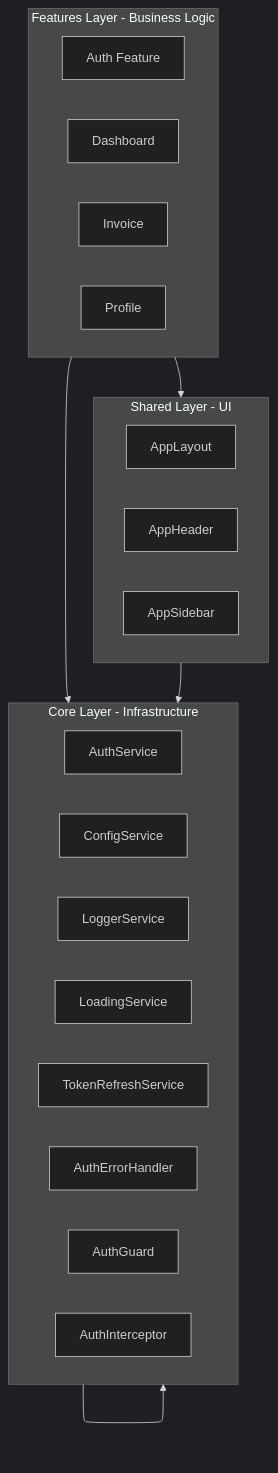
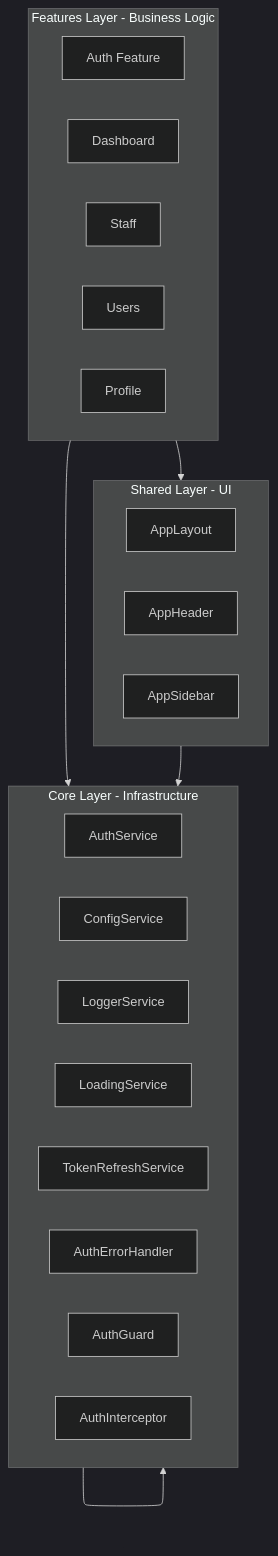
The diagram in docs/ENTERPRISE_ANALYSIS_REPORT.md (henrytaby/uyuni-frontend-ng), drawn with Mermaid (dark theme) before and after one commit. The commit also changed other lines of this file and 13 other files, not shown here.

Commit message:
refactor: update repository paths, project documentation, and architecture specifications to align with latest structural changes

````diff
--- a/docs/ENTERPRISE_ANALYSIS_REPORT.md
+++ b/docs/ENTERPRISE_ANALYSIS_REPORT.md
@@ -91,31 +88,32 @@
 ```mermaid
 graph TB
     subgraph Features [Features Layer - Business Logic]
         AUTH_F[Auth Feature]
         DASH[Dashboard]
-        INV[Invoice]
+        STAFF[Staff]
+        USERS[Users]
         PROFILE[Profile]
     end
 
     subgraph Core [Core Layer - Infrastructure]
         AUTH[AuthService]
         CONFIG[ConfigService]
         LOGGER[LoggerService]
         LOADING[LoadingService]
         TOKEN[TokenRefreshService]
         ERROR[AuthErrorHandler]
         GUARD[AuthGuard]
         INTERCEPTOR[AuthInterceptor]
     end
 
     subgraph Shared [Shared Layer - UI]
         LAYOUT[AppLayout]
         HEADER[AppHeader]
         SIDEBAR[AppSidebar]
     end
 
     Features --> Core
     Features --> Shared
     Shared --> Core
     Core --> Core
 ```
````
